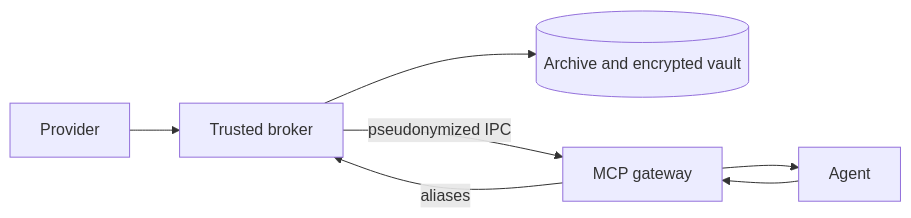
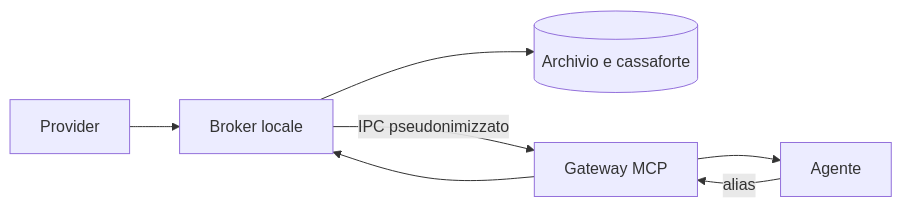
The third of 4 diagrams in docs/security/pseudonymization/proposals/agent-privacy-boundary.md (Wulfgardr/work-assistant), drawn with Mermaid before and after one commit. The commit also changed other lines of this file and 38 other files, not shown here.

````diff
--- a/docs/security/pseudonymization/proposals/agent-privacy-boundary.md
+++ b/docs/security/pseudonymization/proposals/agent-privacy-boundary.md
@@ -79,9 +56,9 @@
 ```mermaid
 flowchart LR
-  Provider[Provider] --> Broker[Trusted broker]
-  Broker --> Store[(Archive and encrypted vault)]
-  Broker -->|pseudonymized IPC| MCP[MCP gateway]
-  MCP --> Agent[Agent]
-  Agent --> MCP
-  MCP -->|aliases| Broker
+  Provider[Provider] --> Broker[Broker locale]
+  Broker --> Deposito[(Archivio e cassaforte)]
+  Broker -->|IPC pseudonimizzato| MCP[Gateway MCP]
+  MCP --> Agente[Agente]
+  Agente -->|alias| MCP
+  MCP --> Broker
 ```
````
